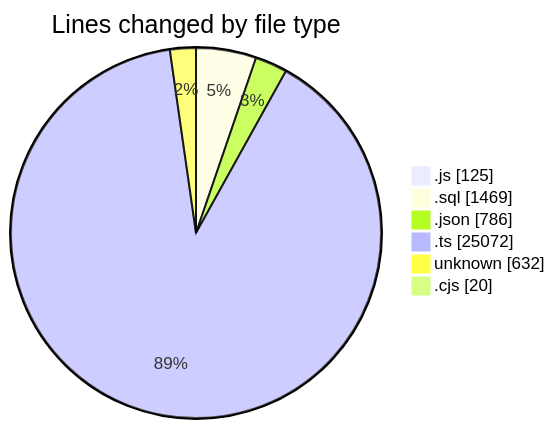
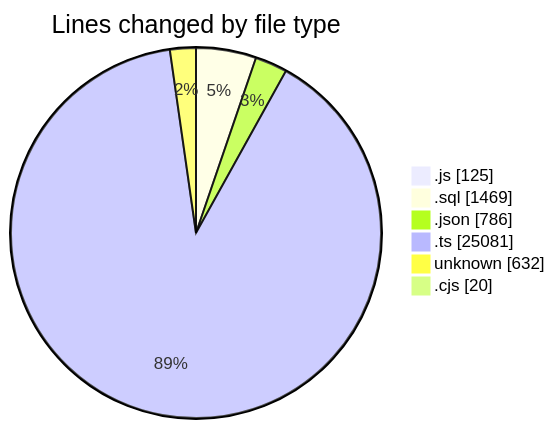
Before and after one commit to momahboobian/code-tracking: the first of 2 diagrams in 2026-05-20/cda/README.md, drawn with Mermaid. The commit also changed other lines of this file and 1 other file, not shown here.

````diff
--- a/2026-05-20/cda/README.md
+++ b/2026-05-20/cda/README.md
@@ -41,10 +41,10 @@
 ```mermaid
 pie showData
 title Lines changed by file type
 ".js" : 125
 ".sql" : 1469
 ".json" : 786
-".ts" : 25072
+".ts" : 25081
 "unknown" : 632
 ".cjs" : 20
 ```
````
